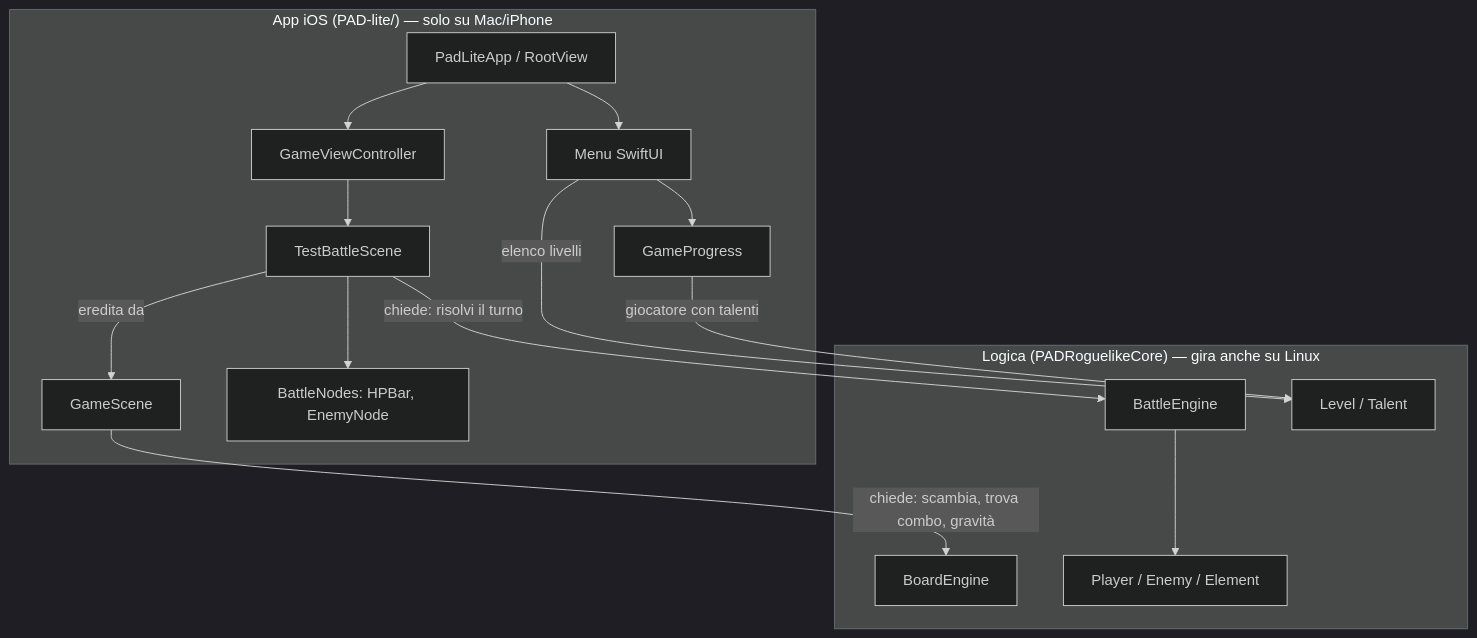
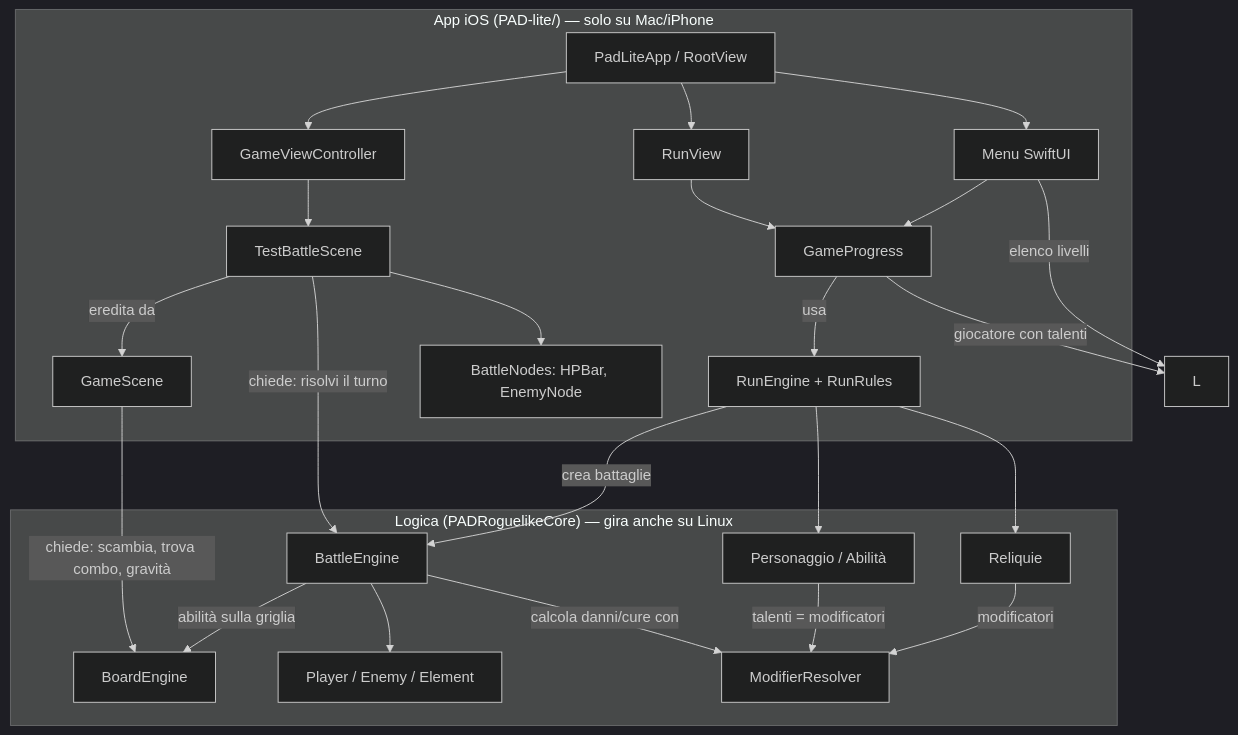
One commit to palazz94/hello-world-ios changed the first of 4 diagrams in docs/GUIDA.md. Above: the diagram before and after it, drawn with Mermaid (dark theme). The commit also changed other lines of this file and 34 other files, not shown here.

````diff
--- a/docs/GUIDA.md
+++ b/docs/GUIDA.md
@@ -48,22 +66,35 @@
 ```mermaid
 flowchart TB
     subgraph APP["App iOS (PAD-lite/) — solo su Mac/iPhone"]
         A[PadLiteApp / RootView] --> M[Menu SwiftUI]
         M --> P[GameProgress]
+        A --> RV[RunView]
+        RV --> P
+        P -- "usa" --> R
         A --> B[GameViewController]
         B --> C[TestBattleScene]
         C -- "eredita da" --> D[GameScene]
         C --> E[BattleNodes: HPBar, EnemyNode]
     end
     subgraph CORE["Logica (PADRoguelikeCore) — gira anche su Linux"]
         F[BoardEngine]
         G[BattleEngine]
         H[Player / Enemy / Element]
-        L[Level / Talent]
+        R[RunEngine + RunRules]
+        MR[ModifierResolver]
+        PC[Personaggio / Abilità]
+        RL[Reliquie]
     end
+    R -- "crea battaglie" --> G
+    R --> PC
+    R --> RL
+    RL -- "modificatori" --> MR
+    PC -- "talenti = modificatori" --> MR
+    G -- "calcola danni/cure con" --> MR
+    G -- "abilità sulla griglia" --> F
     D -- "chiede: scambia, trova combo, gravità" --> F
     C -- "chiede: risolvi il turno" --> G
     G --> H
     M -- "elenco livelli" --> L
     P -- "giocatore con talenti" --> L
 ```
````
